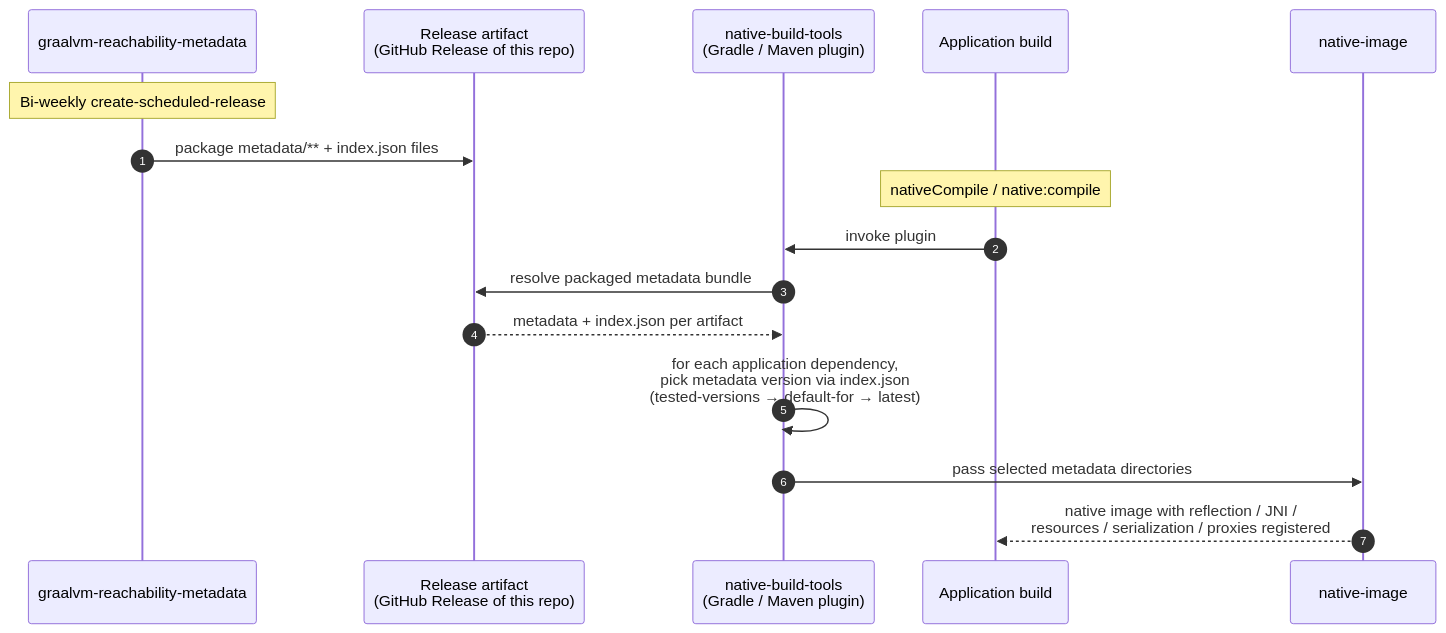
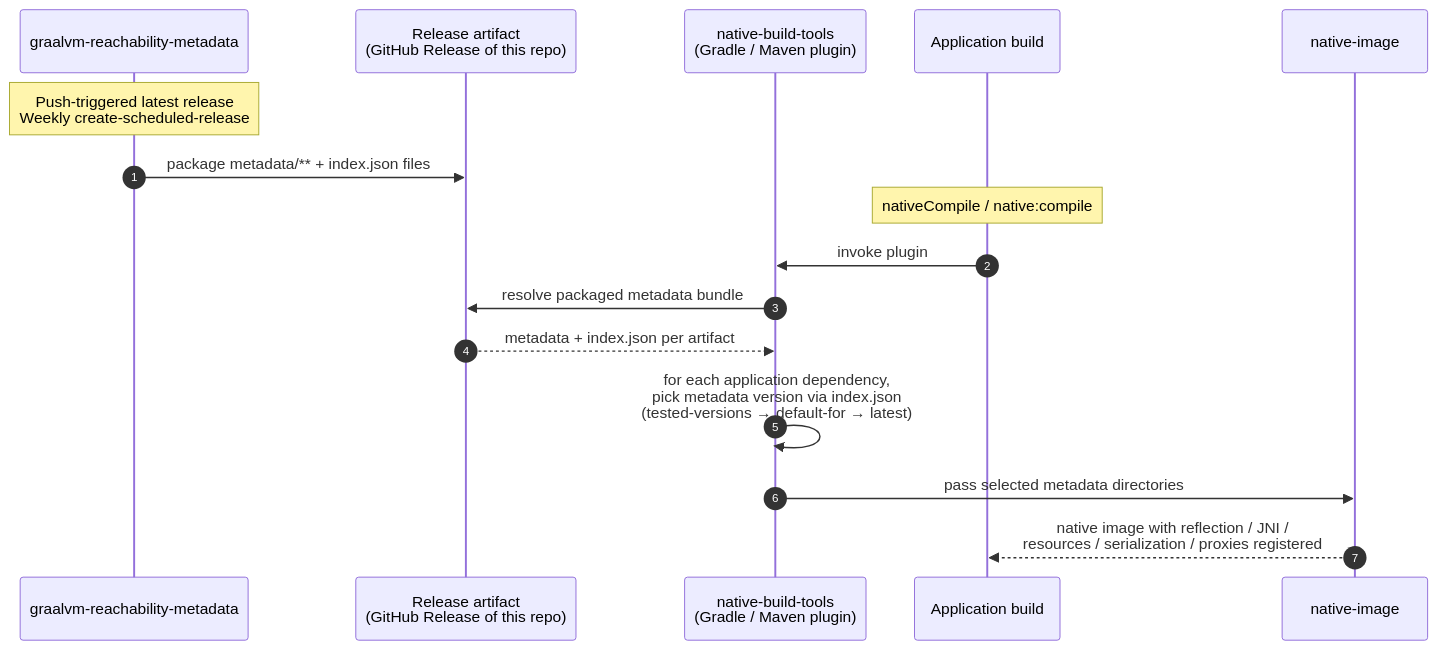
The first of 2 diagrams in docs/functional-spec.md (oracle/graalvm-reachability-metadata), drawn with Mermaid before and after one commit. The commit also changed other lines of this file and 4 other files, not shown here.

Commit message:
Document latest release and weekly schedule

````diff
--- a/docs/functional-spec.md
+++ b/docs/functional-spec.md
@@ -134,20 +137,20 @@
 ```mermaid
 sequenceDiagram
     autonumber
     participant Repo as graalvm-reachability-metadata
     participant Artifact as Release artifact<br/>(GitHub Release of this repo)
     participant NBT as native-build-tools<br/>(Gradle / Maven plugin)
     participant App as Application build
     participant NI as native-image
 
-    Note over Repo: Bi-weekly create-scheduled-release
+    Note over Repo: Push-triggered latest release<br/>Weekly create-scheduled-release
     Repo->>Artifact: package metadata/** + index.json files
 
     Note over App: nativeCompile / native:compile
     App->>NBT: invoke plugin
     NBT->>Artifact: resolve packaged metadata bundle
     Artifact-->>NBT: metadata + index.json per artifact
     NBT->>NBT: for each application dependency,<br/>pick metadata version via index.json<br/>(tested-versions → default-for → latest)
     NBT->>NI: pass selected metadata directories
     NI-->>App: native image with reflection / JNI /<br/>resources / serialization / proxies registered
 ```
````
